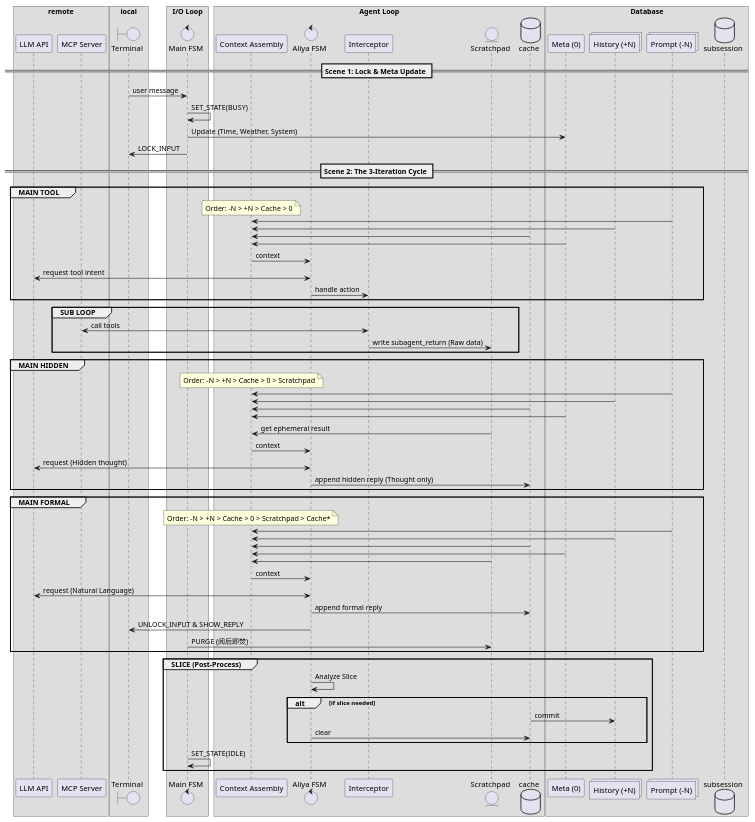
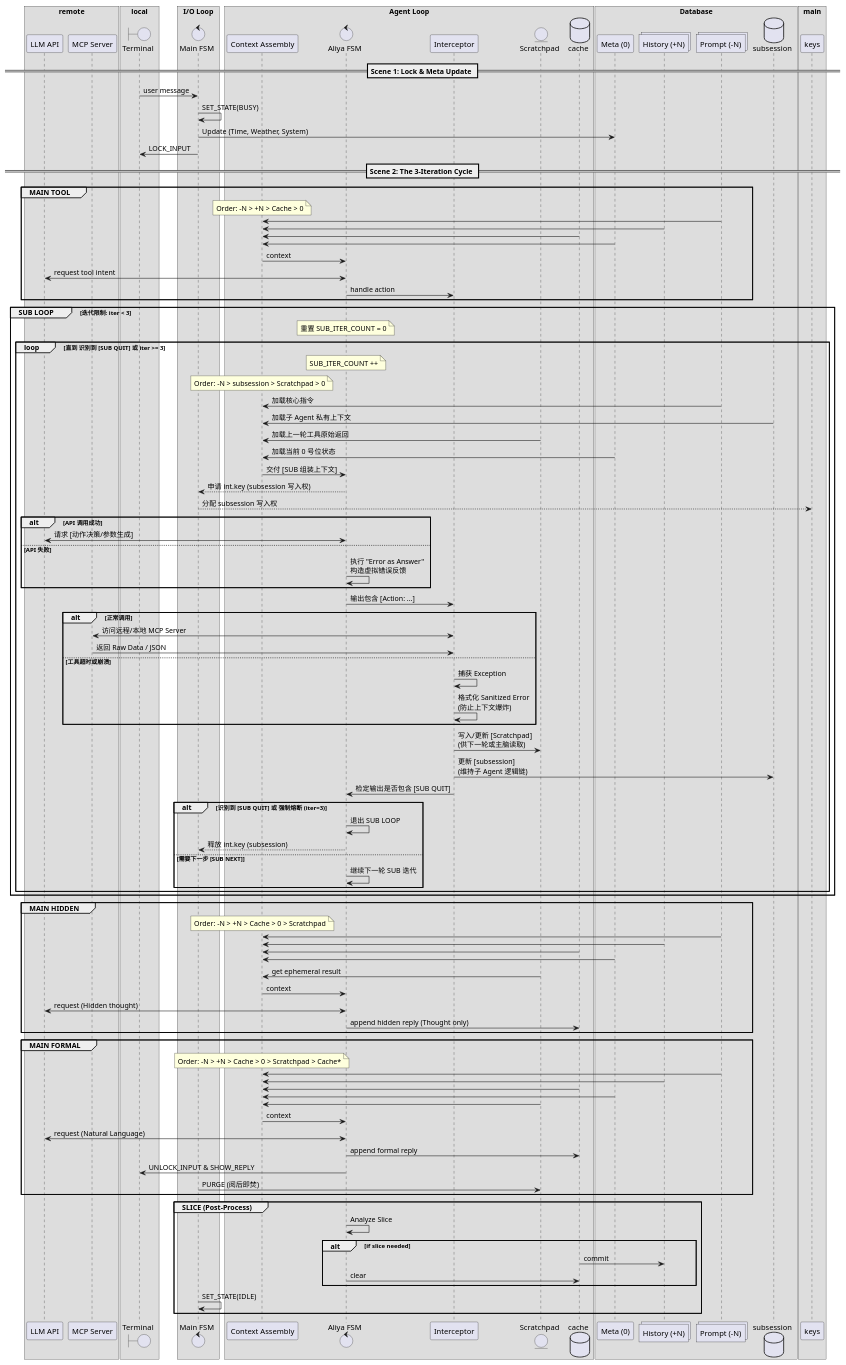
Before and after one commit to Mikhail-YellowBegonia/Aliya_AI: the diagram in seq_new.puml, drawn with PlantUML. The commit also changed 2 other files, not shown here.

```diff
--- a/seq_new.puml
+++ b/seq_new.puml
@@ -1,97 +1,142 @@
 @startuml seq_v2_safe
 
 box "remote"
 participant "LLM API" as api
 participant "MCP Server" as mcp
 end box
 
 box "local"
 boundary "Terminal" as cli
 end box
 
 box "main"
 box "I/O Loop"
 control "Main FSM" as main
 end box
 
 box "Agent Loop"
 participant "Context Assembly" as asm
 control "Aliya FSM" as aliya
 participant "Interceptor" as intrcpt
 ' 内存中的临时对象，阅后即焚
 entity "Scratchpad" as scratch
 database "cache"
 end box
 
 box "Database"
 participant "Meta (0)" as meta
 collections "History (+N)" as r.db
 collections "Prompt (-N)" as rw.db
 database "subsession"
 end box
 
 == Scene 1: Lock & Meta Update ==
 
 cli -> main : user message
 main -> main : SET_STATE(BUSY)
 ' 在处理任何逻辑前，先刷新瞬时感官
 main -> meta : Update (Time, Weather, System)
 main -> cli : LOCK_INPUT
 
 == Scene 2: The 3-Iteration Cycle ==
 
 group MAIN TOOL
     note over asm : Order: -N > +N > Cache > 0
     rw.db -> asm
     r.db -> asm
     cache -> asm
     meta -> asm
     asm -> aliya : context
     aliya <-> api : request tool intent
     aliya -> intrcpt : handle action
 end
 
-group SUB LOOP
-' subsession 仅供子 Agent 内部多轮调用时缓存数据
-    intrcpt <-> mcp : call tools
-    intrcpt -> scratch : write subagent_return (Raw data)
+group SUB LOOP [迭代限制: iter < 3]
+    note over aliya : 重置 SUB_ITER_COUNT = 0
+    
+    loop 直到 识别到 [SUB QUIT] 或 iter >= 3
+        note over aliya : SUB_ITER_COUNT ++
+        
+        ' 步骤 1: 组装子循环专属上下文
+        note over asm : Order: -N > subsession > Scratchpad > 0
+        rw.db -> asm : 加载核心指令
+        subsession -> asm : 加载子 Agent 私有上下文
+        scratch -> asm : 加载上一轮工具原始返回
+        meta -> asm : 加载当前 0 号位状态
+        asm -> aliya : 交付 [SUB 组装上下文]
+
+        ' 步骤 2: 获取执行 Key 并进行 API 推理
+        aliya --> main : 申请 int.key (subsession 写入权)
+        main --> keys : 分配 subsession 写入权
+        
+        alt API 调用成功
+            aliya <-> api : 请求 [动作决策/参数生成]
+        else API 失败
+            aliya -> aliya : 执行 "Error as Answer"\n构造虚拟错误反馈
+        end
+
+        ' 步骤 3: 拦截动作并调用 MCP
+        aliya -> intrcpt : 输出包含 [Action: ...]
+        
+        alt 正常调用
+            intrcpt <-> mcp : 访问远程/本地 MCP Server
+            mcp -> intrcpt : 返回 Raw Data / JSON
+        else 工具超时或崩溃
+            intrcpt -> intrcpt : 捕获 Exception
+            intrcpt -> intrcpt : 格式化 Sanitized Error\n(防止上下文爆炸)
+        end
+
+        ' 步骤 4: 写入 Scratchpad 与 subsession
+        intrcpt -> scratch : 写入/更新 [Scratchpad]\n(供下一轮或主脑读取)
+        intrcpt -> subsession : 更新 [subsession]\n(维持子 Agent 逻辑链)
+
+        ' 步骤 5: 退出判定
+        intrcpt -> aliya : 检定输出是否包含 [SUB QUIT]
+        
+        alt 识别到 [SUB QUIT] 或 强制熔断 (iter=3)
+            aliya -> aliya : 退出 SUB LOOP
+            aliya --> main : 释放 int.key (subsession)
+        else 需要下一步 [SUB NEXT]
+            aliya -> aliya : 继续下一轮 SUB 迭代
+        end
+    end
 end
 
 group MAIN HIDDEN
     note over asm : Order: -N > +N > Cache > 0 > Scratchpad
     rw.db -> asm
     r.db -> asm
     cache -> asm
     meta -> asm
     scratch -> asm : get ephemeral result
     asm -> aliya : context
     aliya <-> api : request (Hidden thought)
     aliya -> cache : append hidden reply (Thought only)
 end
 
 group MAIN FORMAL
     note over asm : Order: -N > +N > Cache > 0 > Scratchpad > Cache*
     rw.db -> asm
     r.db -> asm
 ' 这里的 cache 包含前面的对话，cache* 指当前轮次的最关键用户输入
     cache -> asm 
     meta -> asm
     scratch -> asm 
     asm -> aliya : context
     aliya <-> api : request (Natural Language)
     aliya -> cache : append formal reply
     aliya -> cli : UNLOCK_INPUT & SHOW_REPLY
 ' 任务结束，清空内存便签
     main -> scratch : PURGE (阅后即焚)
 end
 
 group SLICE (Post-Process)
     aliya -> aliya : Analyze Slice
     alt if slice needed
         cache -> r.db : commit
         aliya -> cache : clear
     end
     main -> main : SET_STATE(IDLE)
 end
 
 @enduml
```
